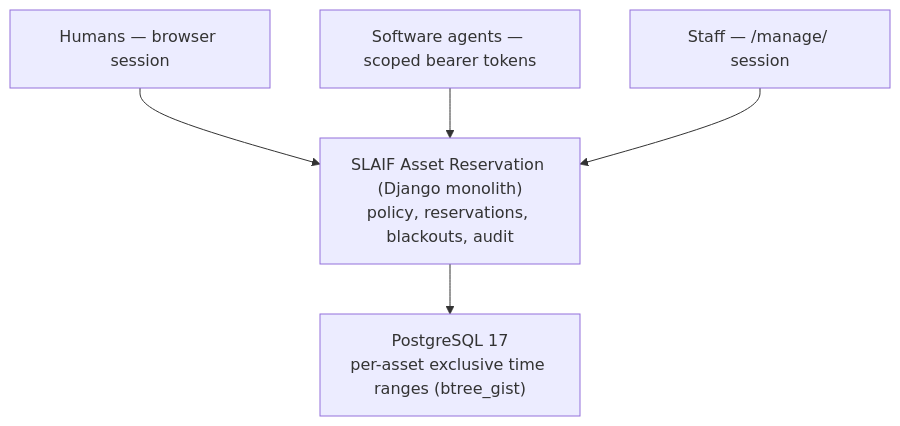
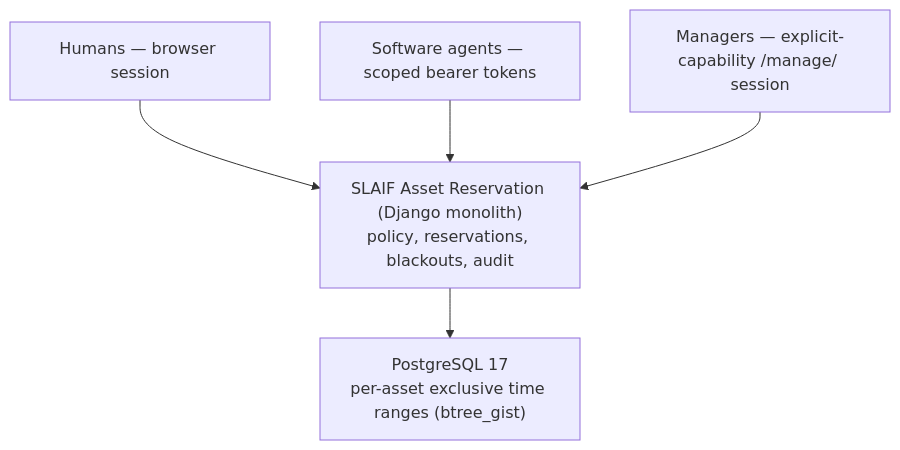
The diagram in README.md (ulfe-lmi/slaif-asset-reservation), drawn with Mermaid before and after one commit. The commit also changed other lines of this file and 43 other files, not shown here.

````diff
--- a/README.md
+++ b/README.md
@@ -47,12 +48,12 @@
 ```mermaid
 flowchart TD
     human["Humans — browser session"]
     agent["Software agents — scoped bearer tokens"]
-    staff["Staff — /manage/ session"]
+    staff["Managers — explicit-capability /manage/ session"]
     app["SLAIF Asset Reservation (Django monolith)\npolicy, reservations, blackouts, audit"]
     db["PostgreSQL 17\nper-asset exclusive time ranges (btree_gist)"]
     human --> app
     agent --> app
     staff --> app
     app --> db
 ```
````
